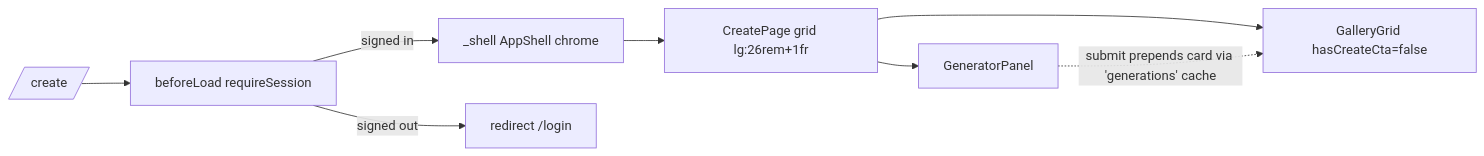
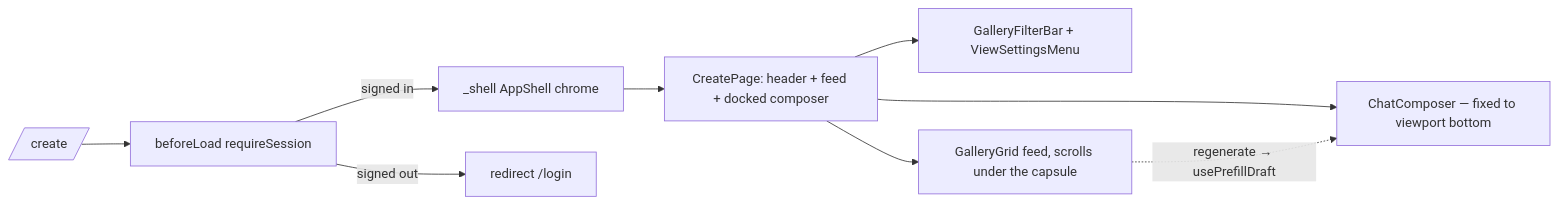
Before and after one commit to AzamatRaimbekov2/openCreate: the diagram in apps/web/src/routes/_shell.create.tsx.md, drawn with Mermaid. The commit also changed other lines of this file and 359 other files, not shown here.

````diff
--- a/apps/web/src/routes/_shell.create.tsx.md
+++ b/apps/web/src/routes/_shell.create.tsx.md
@@ -30,10 +37,11 @@
 ```mermaid
 flowchart LR
   NAV[/create/] --> BL[beforeLoad requireSession]
   BL -->|signed in| SH[_shell AppShell chrome]
-  SH --> PG[CreatePage grid lg:26rem+1fr]
-  PG --> GEN[GeneratorPanel]
-  PG --> GAL[GalleryGrid hasCreateCta=false]
-  GEN -.submit prepends card via 'generations' cache.-> GAL
+  SH --> PG[CreatePage: header + feed + docked composer]
+  PG --> FLT[GalleryFilterBar + ViewSettingsMenu]
+  PG --> GAL[GalleryGrid feed, scrolls under the capsule]
+  PG --> CMP[ChatComposer — fixed to viewport bottom]
+  GAL -.regenerate → usePrefillDraft.-> CMP
   BL -->|signed out| RD[redirect /login]
 ```
````
